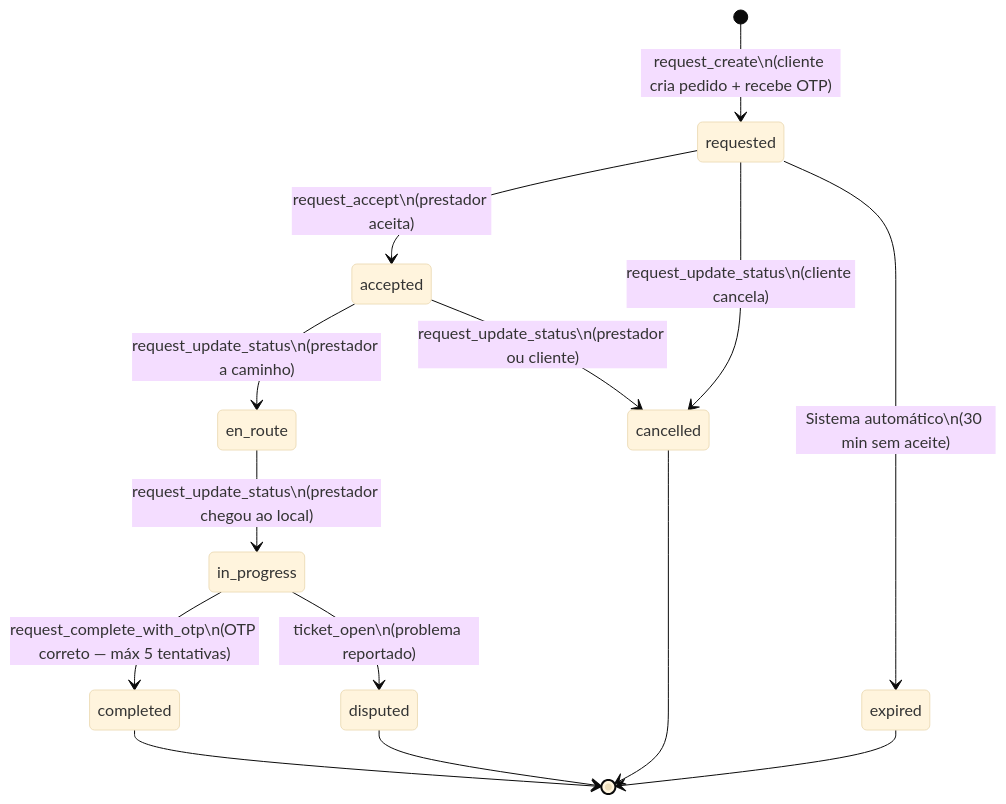
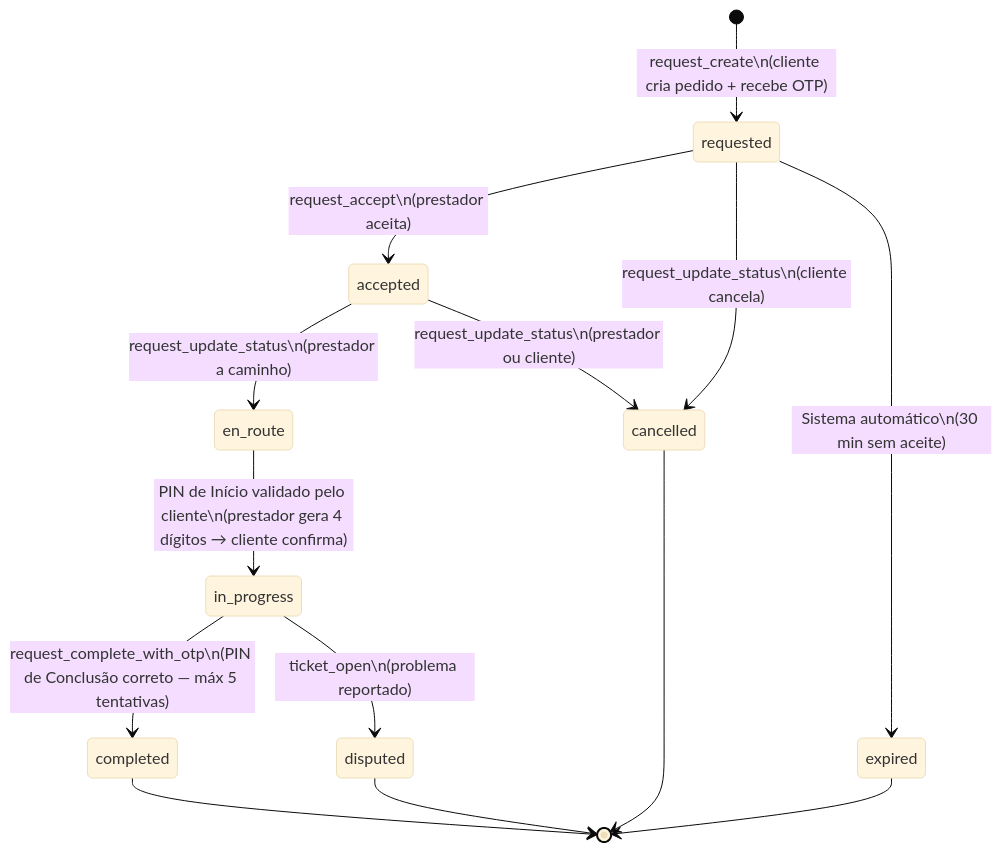
One commit to lucasouzadev/ajudae_app changed the second of 6 diagrams in arquitetura/FLUXOGRAMA.md. Above: the diagram before and after it, drawn with Mermaid (base theme). The commit also changed other lines of this file and 2 other files, not shown here.

````diff
--- a/arquitetura/FLUXOGRAMA.md
+++ b/arquitetura/FLUXOGRAMA.md
@@ -95,21 +95,21 @@
 ```mermaid
 stateDiagram-v2
     [*] --> requested : request_create\n(cliente cria pedido + recebe OTP)
 
     requested --> accepted : request_accept\n(prestador aceita)
     requested --> cancelled : request_update_status\n(cliente cancela)
     requested --> expired : Sistema automático\n(30 min sem aceite)
 
     accepted --> en_route : request_update_status\n(prestador a caminho)
     accepted --> cancelled : request_update_status\n(prestador ou cliente)
 
-    en_route --> in_progress : request_update_status\n(prestador chegou ao local)
+    en_route --> in_progress : PIN de Início validado pelo cliente\n(prestador gera 4 dígitos → cliente confirma)
 
-    in_progress --> completed : request_complete_with_otp\n(OTP correto — máx 5 tentativas)
+    in_progress --> completed : request_complete_with_otp\n(PIN de Conclusão correto — máx 5 tentativas)
     in_progress --> disputed : ticket_open\n(problema reportado)
 
     completed --> [*]
     cancelled --> [*]
     expired --> [*]
     disputed --> [*]
 ```
````
